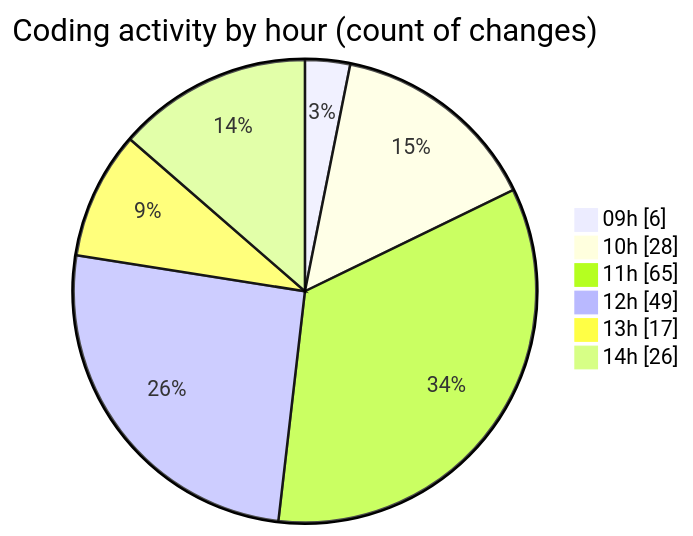
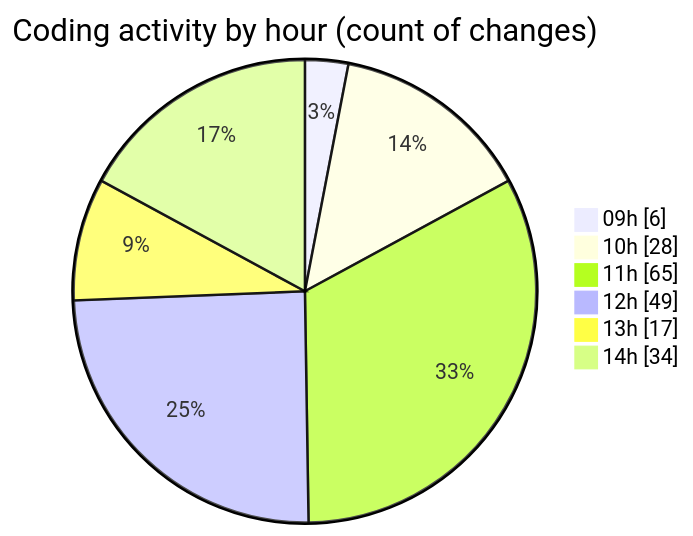
One commit to momahboobian/code-tracking changed the second of 2 diagrams in 2025-03-27/cda/README.md. Above: the diagram before and after it, drawn with Mermaid. The commit also changed other lines of this file and 1 other file, not shown here.

````diff
--- a/2025-03-27/cda/README.md
+++ b/2025-03-27/cda/README.md
@@ -30,10 +30,10 @@
 ```mermaid
 pie showData
 title Coding activity by hour (count of changes)
 "09h" : 6
 "10h" : 28
 "11h" : 65
 "12h" : 49
 "13h" : 17
-"14h" : 26
+"14h" : 34
 ```
````
